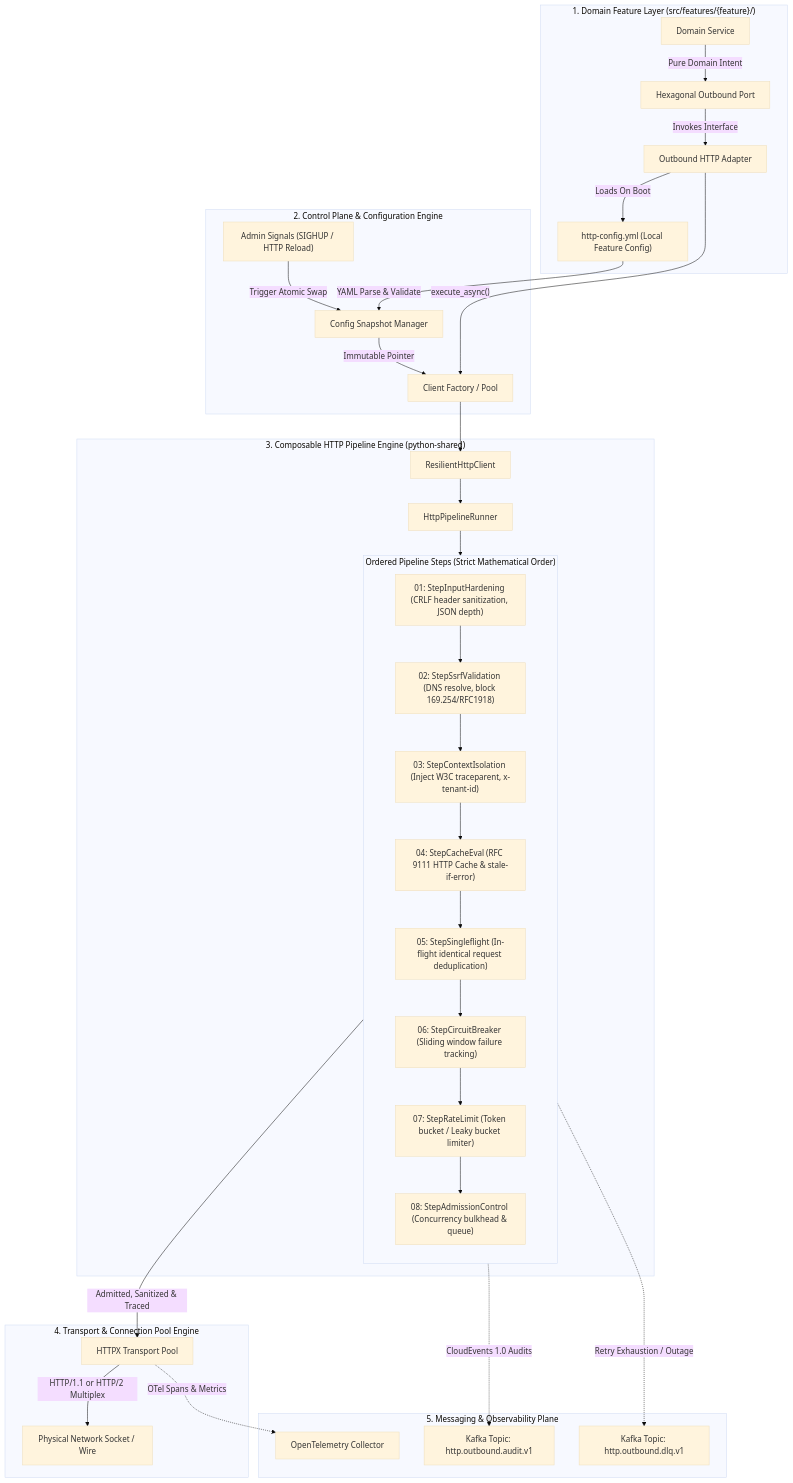
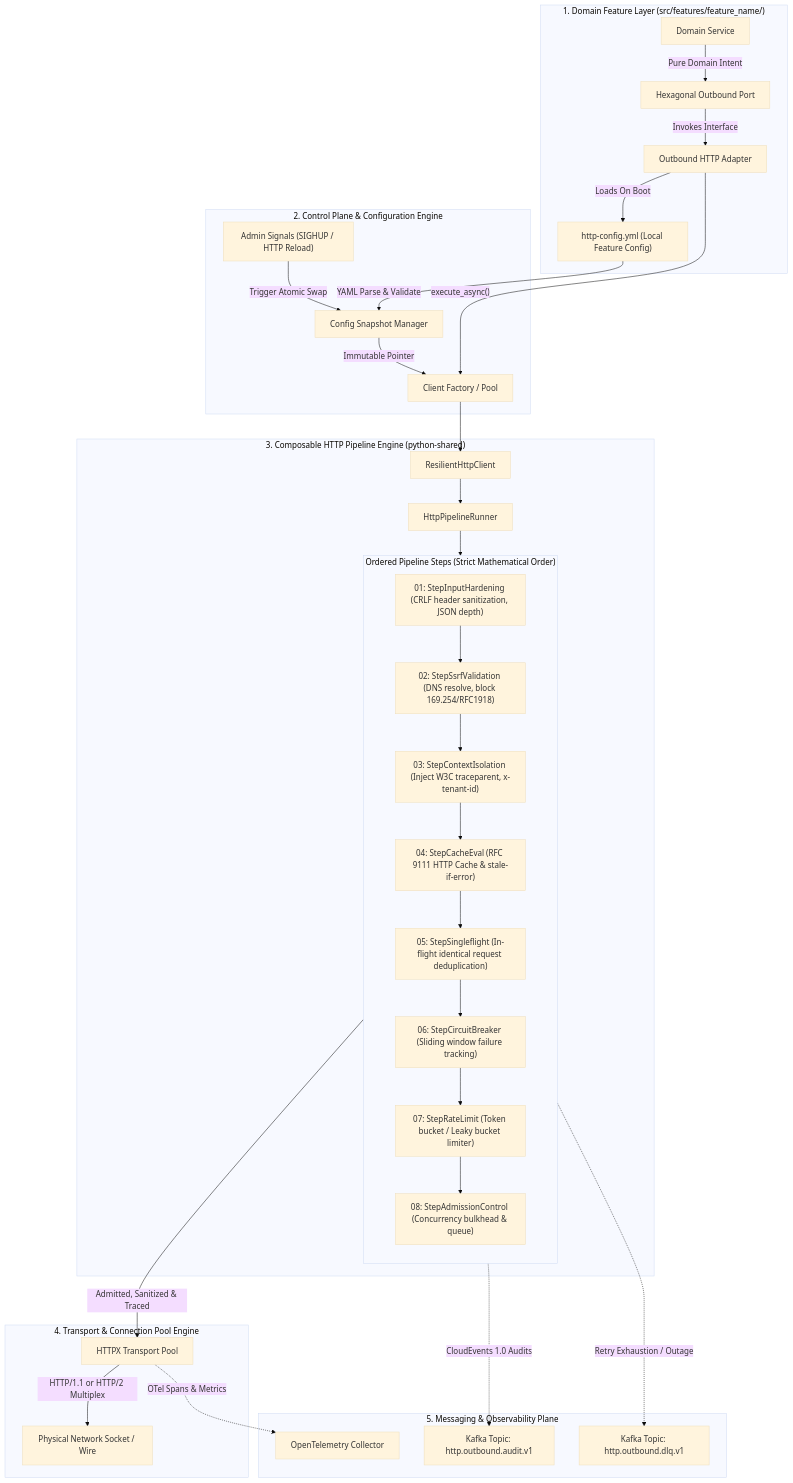
The first of 4 diagrams in adr/0001-declarative-feature-http-configuration-and-usage.md (Scaibu/llm-obs-python-shared), drawn with Mermaid (base theme) before and after one commit. The commit also changed other lines of this file and 1 other file, not shown here.

Commit message:
fix(adr): quote Mermaid node and edge labels containing parentheses to fix parse error

````diff
--- a/adr/0001-declarative-feature-http-configuration-and-usage.md
+++ b/adr/0001-declarative-feature-http-configuration-and-usage.md
@@ -75,47 +75,47 @@
 ```mermaid
 flowchart TD
-    subgraph FeatureDomain["1. Domain Feature Layer (src/features/{feature}/)"]
-        Service[Domain Service] -->|Pure Domain Intent| Port[Hexagonal Outbound Port]
-        Port -->|Invokes Interface| Adapter[Outbound HTTP Adapter]
-        Adapter -->|Loads On Boot| ConfigFile["http-config.yml (Local Feature Config)"]
+    subgraph FeatureDomain["1. Domain Feature Layer (src/features/feature_name/)"]
+        Service["Domain Service"] -->|"Pure Domain Intent"| Port["Hexagonal Outbound Port"]
+        Port -->|"Invokes Interface"| Adapter["Outbound HTTP Adapter"]
+        Adapter -->|"Loads On Boot"| ConfigFile["http-config.yml (Local Feature Config)"]
     end
 
     subgraph ControlPlane["2. Control Plane & Configuration Engine"]
-        ConfigFile -->|YAML Parse & Validate| SnapshotMgr[Config Snapshot Manager]
-        AdminSignal["Admin Signals (SIGHUP / HTTP Reload)"] -->|Trigger Atomic Swap| SnapshotMgr
-        SnapshotMgr -->|Immutable Pointer| ClientFactory[Client Factory / Pool]
+        ConfigFile -->|"YAML Parse & Validate"| SnapshotMgr["Config Snapshot Manager"]
+        AdminSignal["Admin Signals (SIGHUP / HTTP Reload)"] -->|"Trigger Atomic Swap"| SnapshotMgr
+        SnapshotMgr -->|"Immutable Pointer"| ClientFactory["Client Factory / Pool"]
     end
 
     subgraph PipelineEngine["3. Composable HTTP Pipeline Engine (python-shared)"]
         Adapter -->|"execute_async()"| ClientFactory
-        ClientFactory --> ClientInstance[ResilientHttpClient]
-        ClientInstance --> PipelineRunner[HttpPipelineRunner]
+        ClientFactory --> ClientInstance["ResilientHttpClient"]
+        ClientInstance --> PipelineRunner["HttpPipelineRunner"]
         
         subgraph PipelineSteps["Ordered Pipeline Steps (Strict Mathematical Order)"]
             direction TB
             Step1["01: StepInputHardening (CRLF header sanitization, JSON depth)"]
             Step2["02: StepSsrfValidation (DNS resolve, block 169.254/RFC1918)"]
             Step3["03: StepContextIsolation (Inject W3C traceparent, x-tenant-id)"]
             Step4["04: StepCacheEval (RFC 9111 HTTP Cache & stale-if-error)"]
             Step5["05: StepSingleflight (In-flight identical request deduplication)"]
             Step6["06: StepCircuitBreaker (Sliding window failure tracking)"]
             Step7["07: StepRateLimit (Token bucket / Leaky bucket limiter)"]
             Step8["08: StepAdmissionControl (Concurrency bulkhead & queue)"]
             
             Step1 --> Step2 --> Step3 --> Step4 --> Step5 --> Step6 --> Step7 --> Step8
         end
         
         PipelineRunner --> PipelineSteps
     end
 
     subgraph TransportLayer["4. Transport & Connection Pool Engine"]
-        PipelineSteps -->|Admitted, Sanitized & Traced| Transport[HTTPX Transport Pool]
-        Transport -->|HTTP/1.1 or HTTP/2 Multiplex| Wire[Physical Network Socket / Wire]
+        PipelineSteps -->|"Admitted, Sanitized & Traced"| Transport["HTTPX Transport Pool"]
+        Transport -->|"HTTP/1.1 or HTTP/2 Multiplex"| Wire["Physical Network Socket / Wire"]
     end
 
     subgraph MessagingPlane["5. Messaging & Observability Plane"]
-        PipelineSteps -.->|CloudEvents 1.0 Audits| KafkaAudit["Kafka Topic: http.outbound.audit.v1"]
-        PipelineSteps -.->|Retry Exhaustion / Outage| KafkaDLQ["Kafka Topic: http.outbound.dlq.v1"]
-        Transport -.->|OTel Spans & Metrics| Collector[OpenTelemetry Collector]
+        PipelineSteps -.->|"CloudEvents 1.0 Audits"| KafkaAudit["Kafka Topic: http.outbound.audit.v1"]
+        PipelineSteps -.->|"Retry Exhaustion / Outage"| KafkaDLQ["Kafka Topic: http.outbound.dlq.v1"]
+        Transport -.->|"OTel Spans & Metrics"| Collector["OpenTelemetry Collector"]
     end
 ```
````
